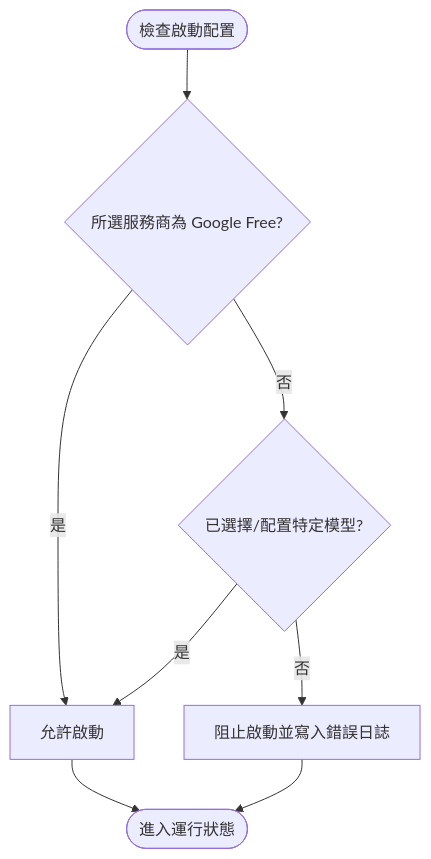
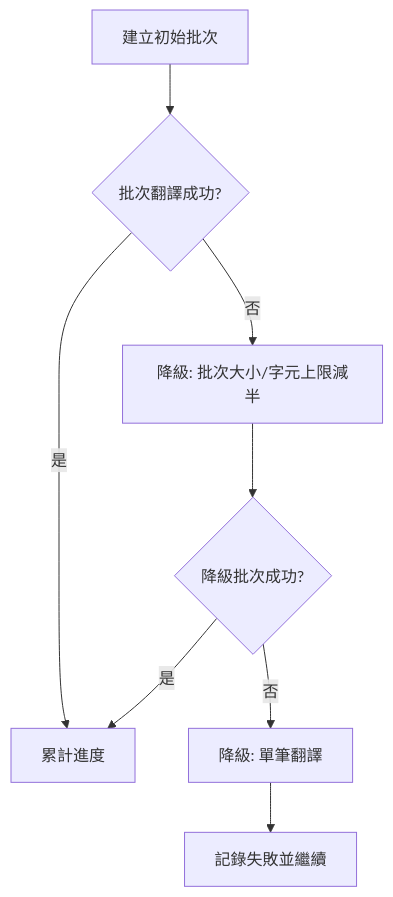
Before and after one commit to mn12345678910/mc_translator: the second of 3 diagrams in docs/architecture/logic_diagrams.md, drawn with Mermaid. The commit also changed other lines of this file and 25 other files, not shown here.

````diff
--- a/docs/architecture/logic_diagrams.md
+++ b/docs/architecture/logic_diagrams.md
@@ -112,13 +19,10 @@
 ```mermaid
-graph TD
-    Start([檢查啟動配置]) --> CheckGoogle{所選服務商為 Google Free?}
-
-    CheckGoogle -- 是 --> Allow[允許啟動]
-
-    CheckGoogle -- 否 --> CheckModel{已選擇/配置特定模型?}
-    CheckModel -- 是 --> Allow
-    CheckModel -- 否 --> Block[阻止啟動並寫入錯誤日誌]
-
-    Allow --> End([進入運行狀態])
-    Block --> End
+flowchart TD
+    A[建立初始批次] --> B{批次翻譯成功?}
+    B -- 是 --> C[累計進度]
+    B -- 否 --> D[降級: 批次大小/字元上限減半]
+    D --> E{降級批次成功?}
+    E -- 是 --> C
+    E -- 否 --> F[降級: 單筆翻譯]
+    F --> G[記錄失敗並繼續]
 ```
````
